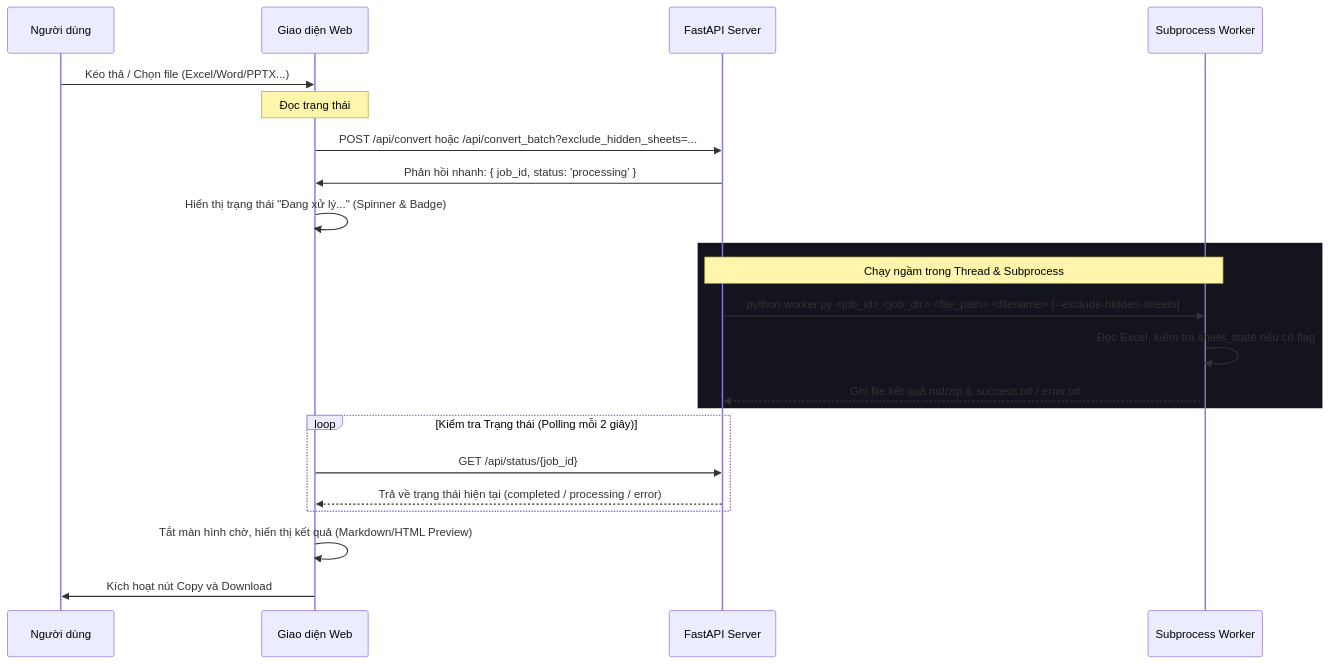
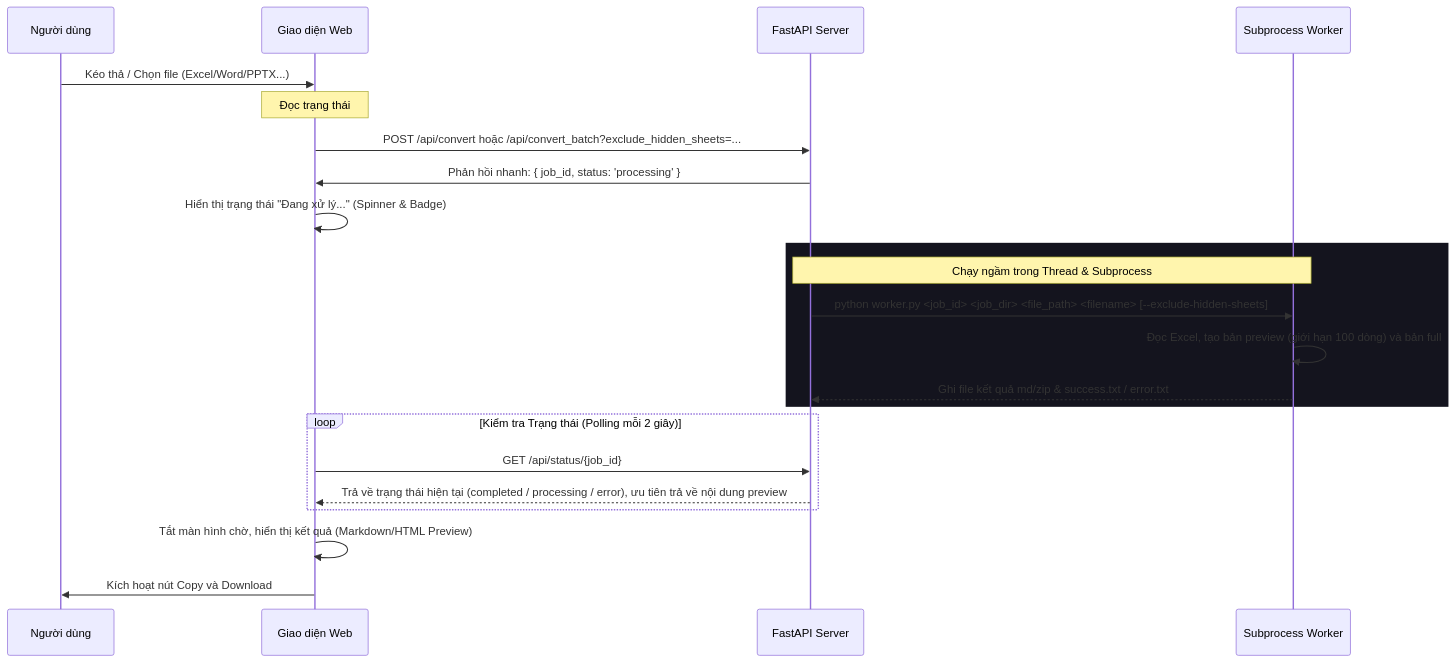
One commit to huychiendev/office-md changed the second of 2 diagrams in structure/index_structure.md. Above: the diagram before and after it, drawn with Mermaid. The commit also changed 2 other files, not shown here.

Commit message:
feat: add 100-row preview limit for large excel files

````diff
--- a/structure/index_structure.md
+++ b/structure/index_structure.md
@@ -36,28 +36,28 @@
 ```mermaid
 sequenceDiagram
     participant User as Người dùng
     participant UI as Giao diện Web
     participant API as FastAPI Server
     participant Worker as Subprocess Worker
 
     User->>UI: Kéo thả / Chọn file (Excel/Word/PPTX...)
     Note over UI: Đọc trạng thái #chkExcludeHidden.checked
     UI->>API: POST /api/convert hoặc /api/convert_batch?exclude_hidden_sheets=...
     API->>UI: Phản hồi nhanh: { job_id, status: 'processing' }
     UI->>UI: Hiển thị trạng thái "Đang xử lý..." (Spinner & Badge)
     
     rect rgb(20, 20, 30)
         Note over API, Worker: Chạy ngầm trong Thread & Subprocess
         API->>Worker: python worker.py <job_id> <job_dir> <file_path> <filename> [--exclude-hidden-sheets]
-        Worker->>Worker: Đọc Excel, kiểm tra sheet_state nếu có flag
+        Worker->>Worker: Đọc Excel, tạo bản preview (giới hạn 100 dòng) và bản full
         Worker-->>API: Ghi file kết quả md/zip & success.txt / error.txt
     end
     
     loop Kiểm tra Trạng thái (Polling mỗi 2 giây)
         UI->>API: GET /api/status/{job_id}
-        API-->>UI: Trả về trạng thái hiện tại (completed / processing / error)
+        API-->>UI: Trả về trạng thái hiện tại (completed / processing / error), ưu tiên trả về nội dung preview
     end
     
     UI->>UI: Tắt màn hình chờ, hiển thị kết quả (Markdown/HTML Preview)
     UI->>User: Kích hoạt nút Copy và Download
 ```
````
